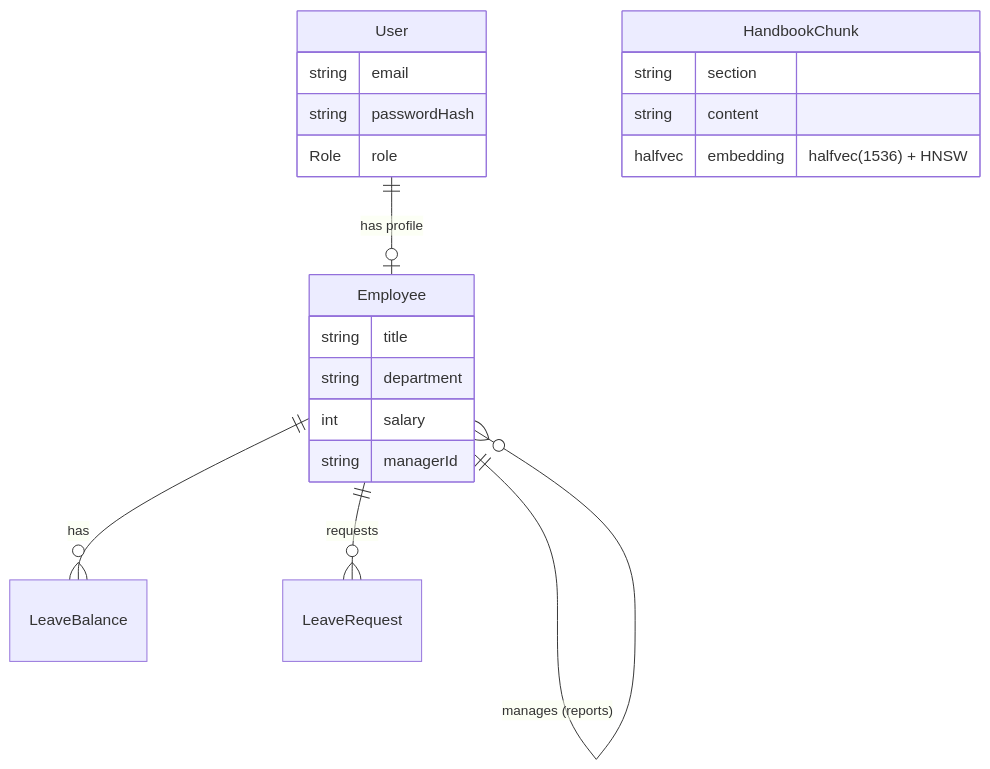
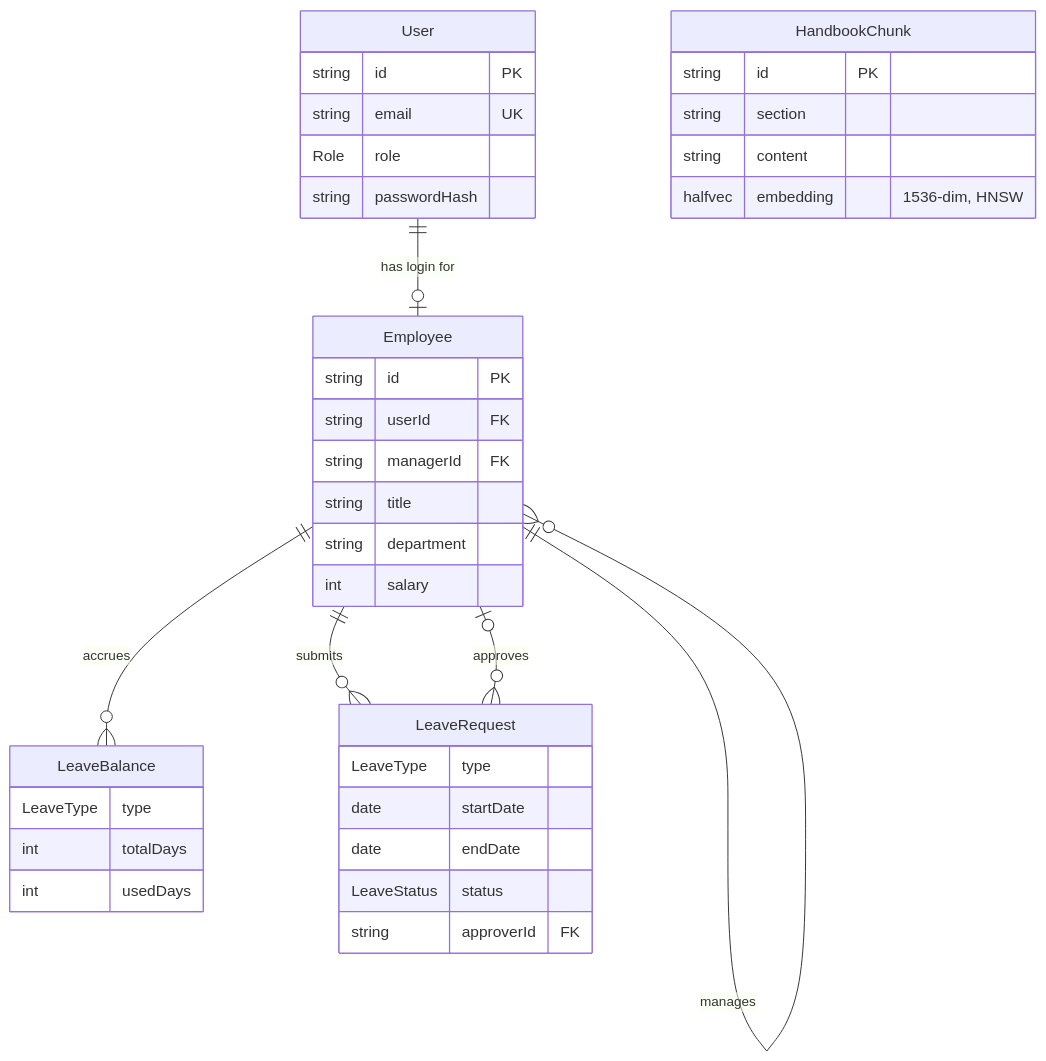
One commit to yel-hadd/ai-hr-platform-starter changed the fourth of 5 diagrams in README.md. Above: the diagram before and after it, drawn with Mermaid. The commit also changed other lines of this file, not shown here.

Commit message:
Clarify data-model ER diagram
- Give every entity full attributes (LeaveBalance/LeaveRequest were empty boxes)
- Add PK/FK/UK markers and the manager "approves" relation
- Note that HandbookChunk is intentionally standalone (RAG corpus)

````diff
--- a/README.md
+++ b/README.md
@@ -179,23 +179,41 @@
 ```mermaid
 erDiagram
-    User ||--o| Employee : "has profile"
-    Employee ||--o{ Employee : "manages (reports)"
-    Employee ||--o{ LeaveBalance : has
-    Employee ||--o{ LeaveRequest : requests
+    User ||--o| Employee : "has login for"
+    Employee ||--o{ Employee : "manages"
+    Employee ||--o{ LeaveBalance : "accrues"
+    Employee ||--o{ LeaveRequest : "submits"
+    Employee |o--o{ LeaveRequest : "approves"
+
     User {
-        string email
+        string id PK
+        string email UK
+        Role role
         string passwordHash
-        Role   role
     }
     Employee {
+        string id PK
+        string userId FK
+        string managerId FK
         string title
         string department
-        int    salary
-        string managerId
+        int salary
+    }
+    LeaveBalance {
+        LeaveType type
+        int totalDays
+        int usedDays
+    }
+    LeaveRequest {
+        LeaveType type
+        date startDate
+        date endDate
+        LeaveStatus status
+        string approverId FK
     }
     HandbookChunk {
-        string  section
-        string  content
-        halfvec embedding "halfvec(1536) + HNSW"
+        string id PK
+        string section
+        string content
+        halfvec embedding "1536-dim, HNSW"
     }
 ```
````
